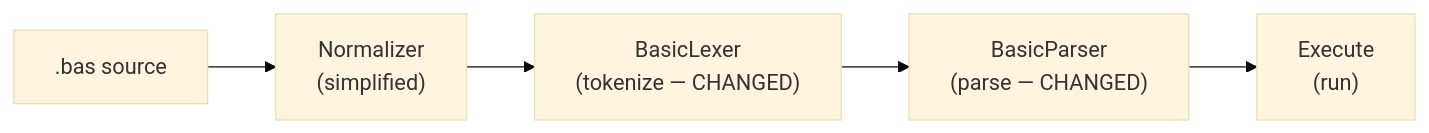
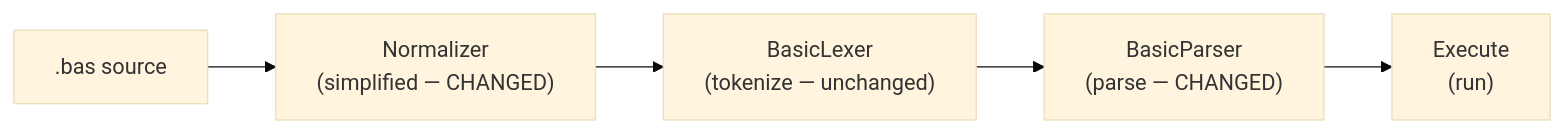
Before and after one commit to andreas-grimm/GD-BASIC: the third of 7 diagrams in doc/ArrayExpressionIndexDesign.md, drawn with Mermaid (base theme). The commit also changed other lines of this file and 15 other files, not shown here.

````diff
--- a/doc/ArrayExpressionIndexDesign.md
+++ b/doc/ArrayExpressionIndexDesign.md
@@ -75,10 +77,10 @@
 ```mermaid
 flowchart LR
     src[".bas source"]
-    norm["Normalizer\n(simplified)"]
-    lex["BasicLexer\n(tokenize — CHANGED)"]
+    norm["Normalizer\n(simplified — CHANGED)"]
+    lex["BasicLexer\n(tokenize — unchanged)"]
     par["BasicParser\n(parse — CHANGED)"]
     exec["Execute\n(run)"]
 
     src --> norm --> lex --> par --> exec
 ```
````
